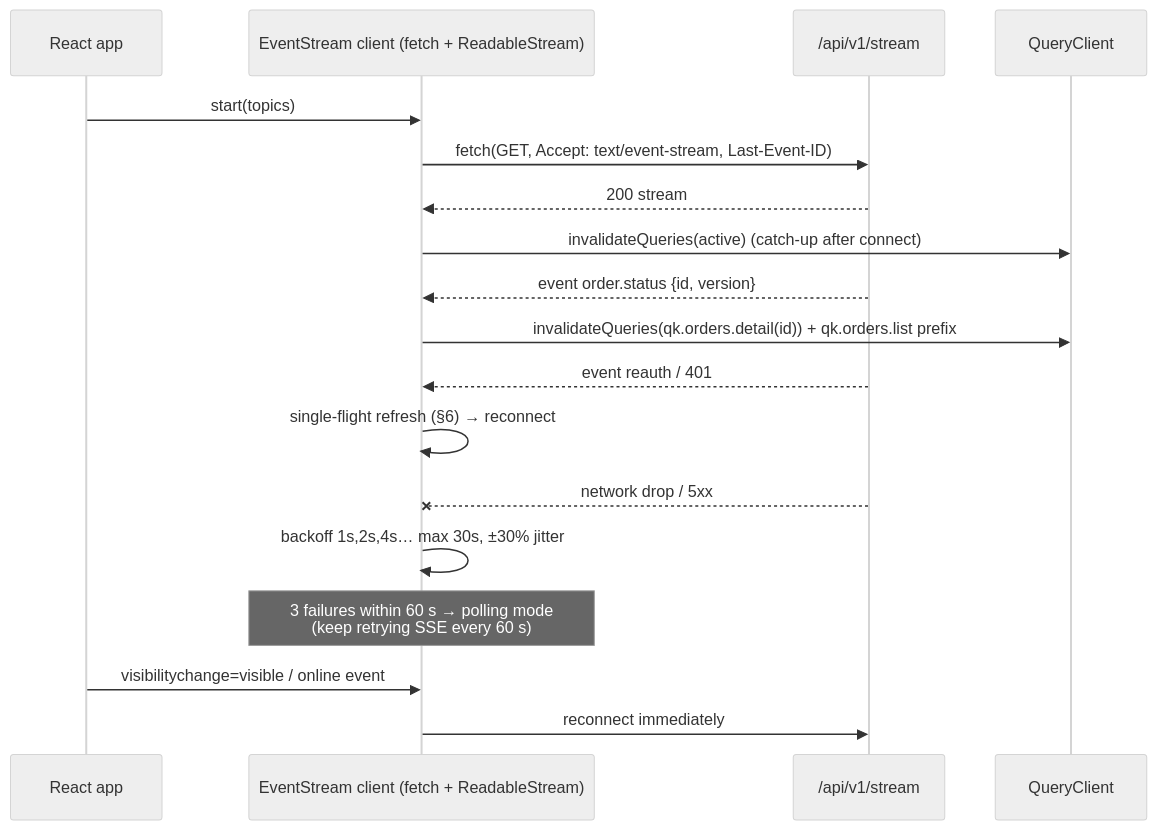
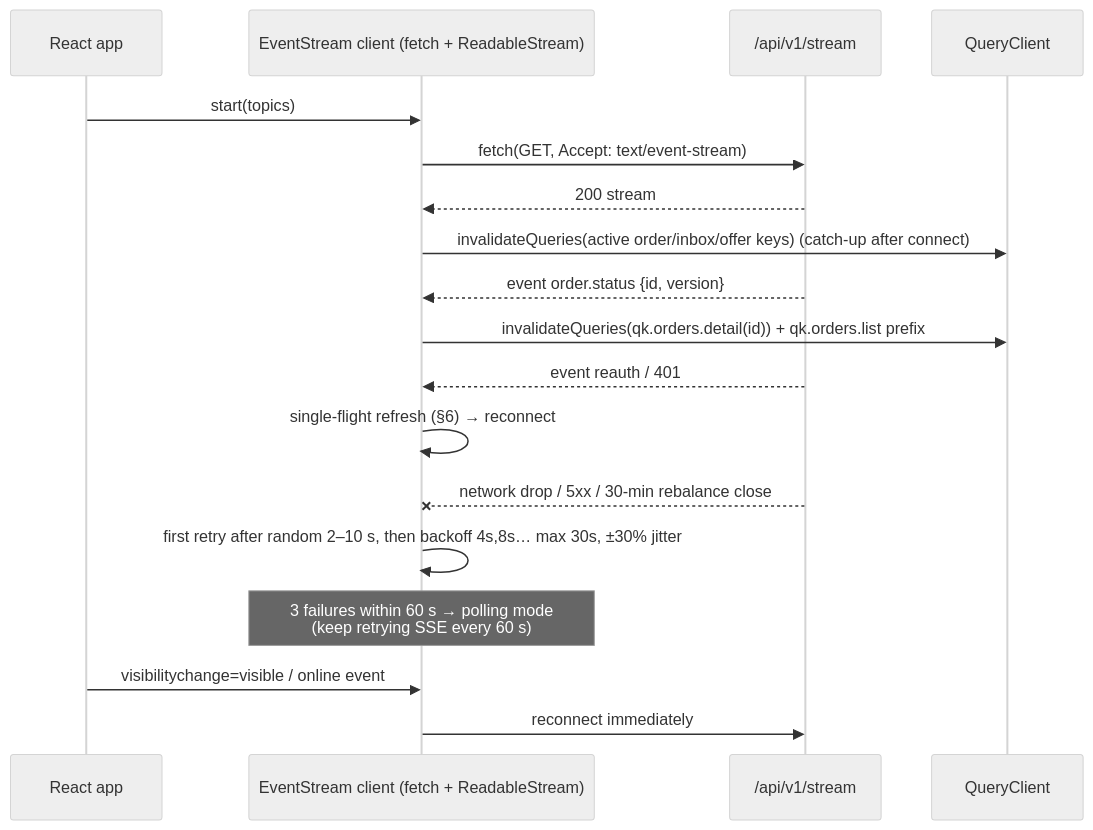
The second of 2 diagrams in docs/planning/17-frontend-architecture.md (storetmobiles2-code/rovo), drawn with Mermaid (neutral theme) before and after one commit. The commit also changed other lines of this file and 12 other files, not shown here.

````diff
--- a/docs/planning/17-frontend-architecture.md
+++ b/docs/planning/17-frontend-architecture.md
@@ -330,20 +337,20 @@
 ```mermaid
 sequenceDiagram
   participant UI as React app
   participant W as EventStream client (fetch + ReadableStream)
   participant API as /api/v1/stream
   participant Q as QueryClient
   UI->>W: start(topics)
-  W->>API: fetch(GET, Accept: text/event-stream, Last-Event-ID)
+  W->>API: fetch(GET, Accept: text/event-stream)
   API-->>W: 200 stream
-  W->>Q: invalidateQueries(active)  (catch-up after connect)
+  W->>Q: invalidateQueries(active order/inbox/offer keys)  (catch-up after connect)
   API-->>W: event order.status {id, version}
   W->>Q: invalidateQueries(qk.orders.detail(id)) + qk.orders.list prefix
   API-->>W: event reauth / 401
   W->>W: single-flight refresh (§6) → reconnect
-  API--xW: network drop / 5xx
-  W->>W: backoff 1s,2s,4s… max 30s, ±30% jitter
+  API--xW: network drop / 5xx / 30-min rebalance close
+  W->>W: first retry after random 2–10 s, then backoff 4s,8s… max 30s, ±30% jitter
   Note over W: 3 failures within 60 s → polling mode<br/>(keep retrying SSE every 60 s)
   UI->>W: visibilitychange=visible / online event
   W->>API: reconnect immediately
 ```
````
